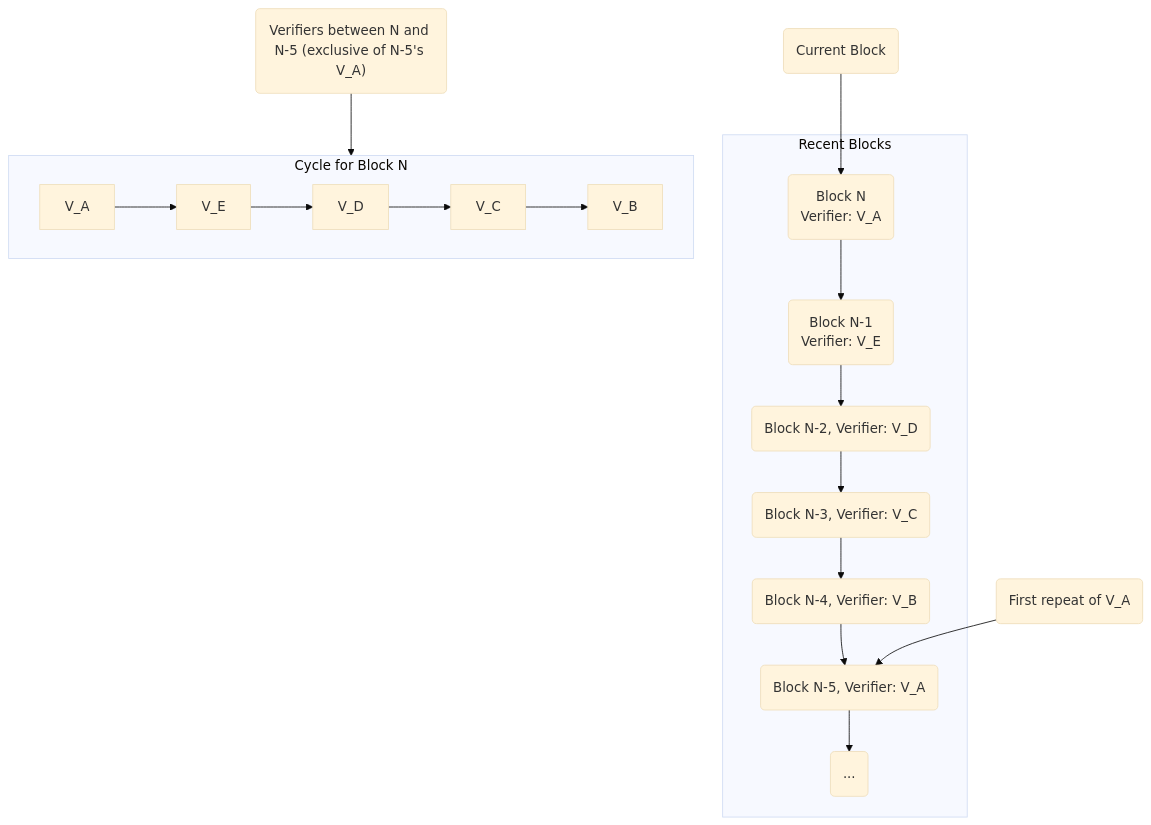
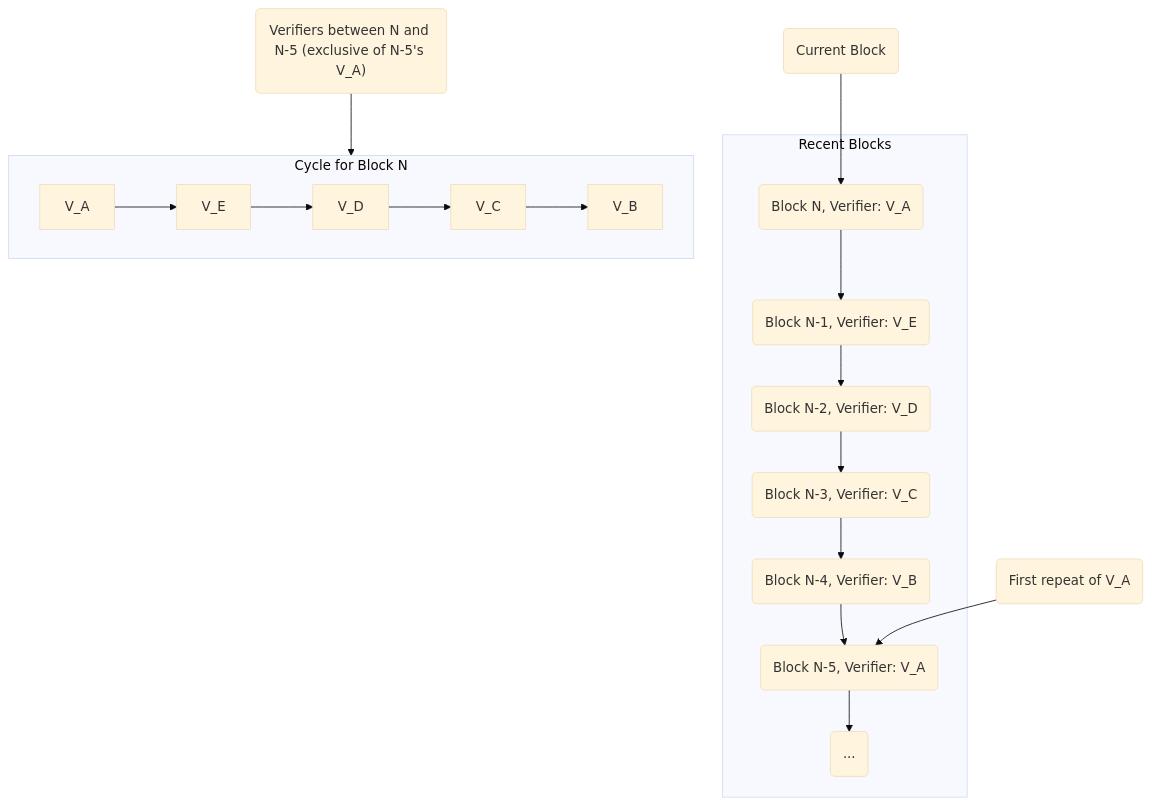
Before and after one commit to construct0/nyzoExperimental: the first of 3 diagrams in pocket-llm-uncapped-concepts/05_cycledigest___cycleinformation_.md, drawn with Mermaid (base theme).

````diff
--- a/pocket-llm-uncapped-concepts/05_cycledigest___cycleinformation_.md
+++ b/pocket-llm-uncapped-concepts/05_cycledigest___cycleinformation_.md
@@ -15,20 +15,20 @@
 ```mermaid
 graph TD
     subgraph BlockchainHistory ["Recent Blocks"]
-        B_N("Block N\nVerifier: V_A") --> B_N_1("Block N-1\nVerifier: V_E")
+        B_N("Block N, Verifier: V_A") --> B_N_1("Block N-1, Verifier: V_E")
         B_N_1 --> B_N_2("Block N-2, Verifier: V_D")
         B_N_2 --> B_N_3("Block N-3, Verifier: V_C")
         B_N_3 --> B_N_4("Block N-4, Verifier: V_B")
         B_N_4 --> B_N_5("Block N-5, Verifier: V_A")
         B_N_5 --> B_N_6("...")
     end
 
     subgraph CycleBlockN ["Cycle for Block N"]
         direction LR
         V_A --> V_E --> V_D --> V_C --> V_B
     end
 
     Note("Current Block") --> B_N
     Note2("First repeat of V_A") --> B_N_5
     Note3("Verifiers between N and N-5 (exclusive of N-5's V_A)") --> CycleBlockN
 ```
````
